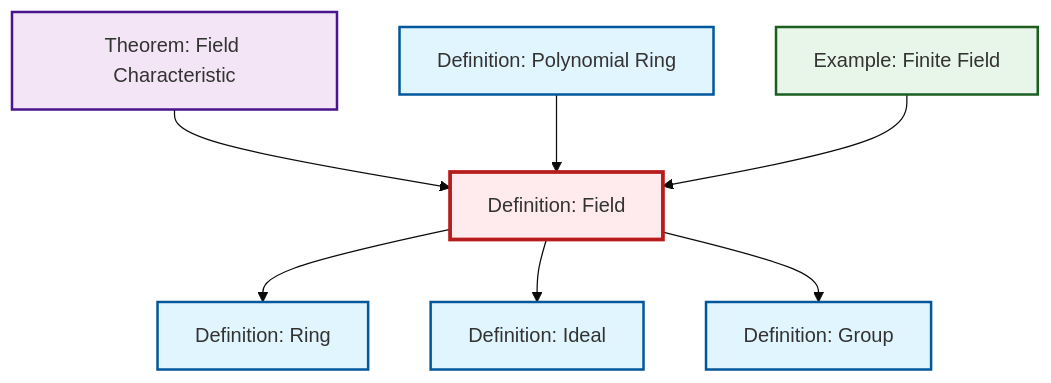
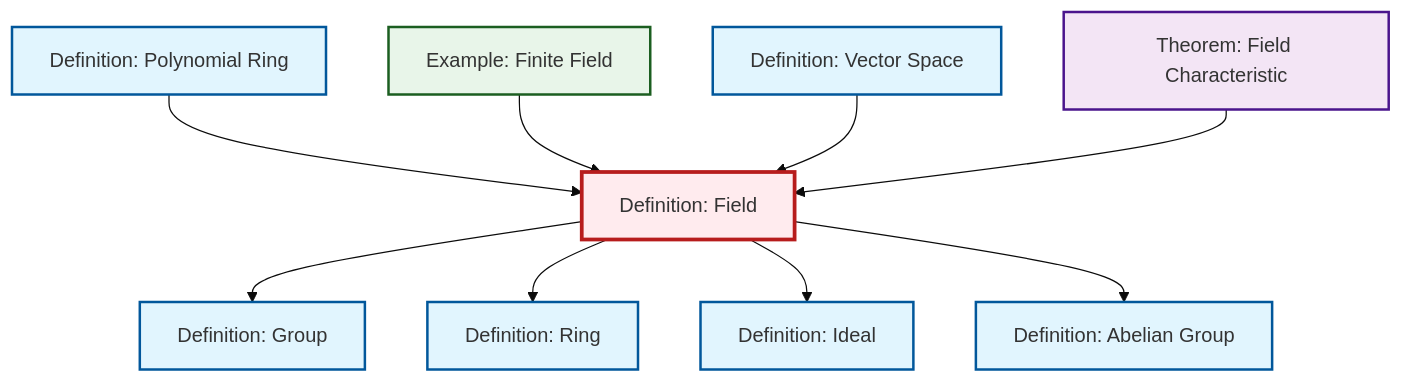
Before and after one commit to RK0429/ModernMath: the diagram in content/en/algebra/def-field.qmd, drawn with Mermaid (base theme). The commit also changed 474 other files, not shown here.

````diff
--- a/content/en/algebra/def-field.qmd
+++ b/content/en/algebra/def-field.qmd
@@ -54,29 +54,35 @@
 ```{mermaid}
 %%| fig-cap: "Local dependency graph"
 graph TD
     classDef definition fill:#e1f5fe,stroke:#01579b,stroke-width:2px
     classDef theorem fill:#f3e5f5,stroke:#4a148c,stroke-width:2px
     classDef axiom fill:#fff3e0,stroke:#e65100,stroke-width:2px
     classDef example fill:#e8f5e9,stroke:#1b5e20,stroke-width:2px
     classDef current fill:#ffebee,stroke:#b71c1c,stroke-width:3px
+    def-ideal["Definition: Ideal"]:::definition
+    def-field["Definition: Field"]:::definition
+    def-abelian-group["Definition: Abelian Group"]:::definition
+    def-polynomial-ring["Definition: Polynomial Ring"]:::definition
+    def-ring["Definition: Ring"]:::definition
+    def-vector-space["Definition: Vector Space"]:::definition
     ex-finite-field["Example: Finite Field"]:::example
-    def-ring["Definition: Ring"]:::definition
     def-group["Definition: Group"]:::definition
-    def-field["Definition: Field"]:::definition
     thm-field-characteristic["Theorem: Field Characteristic"]:::theorem
-    def-polynomial-ring["Definition: Polynomial Ring"]:::definition
-    def-ideal["Definition: Ideal"]:::definition
+    def-field --> def-group
     def-field --> def-ring
+    def-field --> def-ideal
+    def-field --> def-abelian-group
+    def-polynomial-ring --> def-field
+    ex-finite-field --> def-field
+    def-vector-space --> def-field
     thm-field-characteristic --> def-field
-    def-polynomial-ring --> def-field
-    def-field --> def-ideal
-    ex-finite-field --> def-field
-    def-field --> def-group
     class def-field current
+    click def-ideal "def-ideal.html" "Go to Ideal definition"
+    click def-abelian-group "def-abelian-group.html" "Go to Abelian Group definition"
+    click def-polynomial-ring "def-polynomial-ring.html" "Go to Polynomial Ring definition"
+    click def-ring "def-ring.html" "Go to Ring definition"
+    click def-vector-space "def-vector-space.html" "Go to Vector Space definition"
     click ex-finite-field "ex-finite-field.html" "Go to Finite Field example"
-    click def-ring "def-ring.html" "Go to Ring definition"
     click def-group "def-group.html" "Go to Group definition"
     click thm-field-characteristic "thm-field-characteristic.html" "Go to Field Characteristic theorem"
-    click def-polynomial-ring "def-polynomial-ring.html" "Go to Polynomial Ring definition"
-    click def-ideal "def-ideal.html" "Go to Ideal definition"
 ```
````
